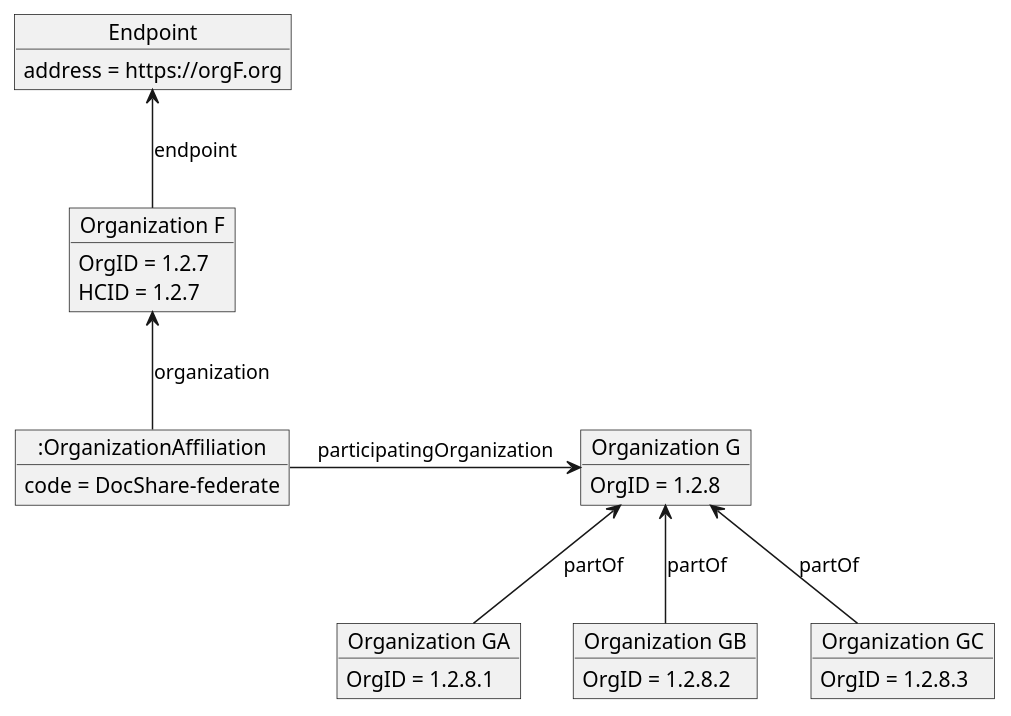
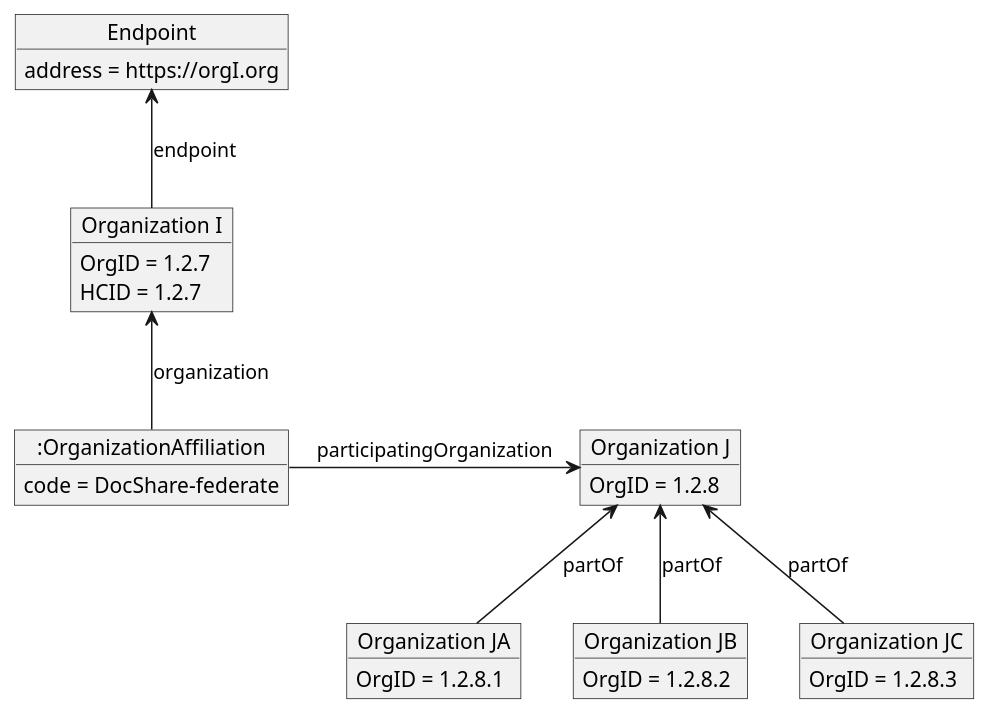
One commit to IHE/ITI.Topologies changed the diagram in images-source/dir-endpoint-to-hybrid-org-structure.plantuml. Above: the diagram before and after it, drawn with PlantUML. The commit also changed 4 other files, not shown here.

Commit message:
Add in simple OrgAff->Endpoint case.

```diff
--- a/images-source/dir-endpoint-to-hybrid-org-structure.plantuml
+++ b/images-source/dir-endpoint-to-hybrid-org-structure.plantuml
@@ -1,28 +1,28 @@
 @startuml dir-endpoint-to-hybrid-org-structure
 hide footbox
 
-object "Organization F" as OrganizationF
-OrganizationF : OrgID = 1.2.7
-OrganizationF : HCID = 1.2.7
-object "Organization G" as OrganizationG
-OrganizationG : OrgID = 1.2.8
-object "Endpoint" as EndpointF
-EndpointF : address = https://orgF.org
-object "Organization GA" as OrganizationGA
-OrganizationGA : OrgID = 1.2.8.1
-object "Organization GB" as OrganizationGB
-OrganizationGB : OrgID = 1.2.8.2
-object "Organization GC" as OrganizationGC
-OrganizationGC : OrgID = 1.2.8.3
+object "Organization I" as OrganizationI
+OrganizationI : OrgID = 1.2.7
+OrganizationI : HCID = 1.2.7
+object "Organization J" as OrganizationJ
+OrganizationJ : OrgID = 1.2.8
+object "Endpoint" as EndpointI
+EndpointI : address = https://orgI.org
+object "Organization JA" as OrganizationJA
+OrganizationJA : OrgID = 1.2.8.1
+object "Organization JB" as OrganizationJB
+OrganizationJB : OrgID = 1.2.8.2
+object "Organization JC" as OrganizationJC
+OrganizationJC : OrgID = 1.2.8.3
 object ":OrganizationAffiliation" as OrgAff
 OrgAff : code = DocShare-federate
-OrgAff -> OrganizationG : participatingOrganization
-OrganizationF <-- OrgAff : organization
+OrgAff -> OrganizationJ : participatingOrganization
+OrganizationI <-- OrgAff : organization
 
-EndpointF <-- OrganizationF : endpoint
+EndpointI <-- OrganizationI : endpoint
 
-OrganizationG <-- OrganizationGA : partOf
-OrganizationG <-- OrganizationGB : partOf
-OrganizationG <-- OrganizationGC : partOf
+OrganizationJ <-- OrganizationJA : partOf
+OrganizationJ <-- OrganizationJB : partOf
+OrganizationJ <-- OrganizationJC : partOf
 
 @enduml
```
